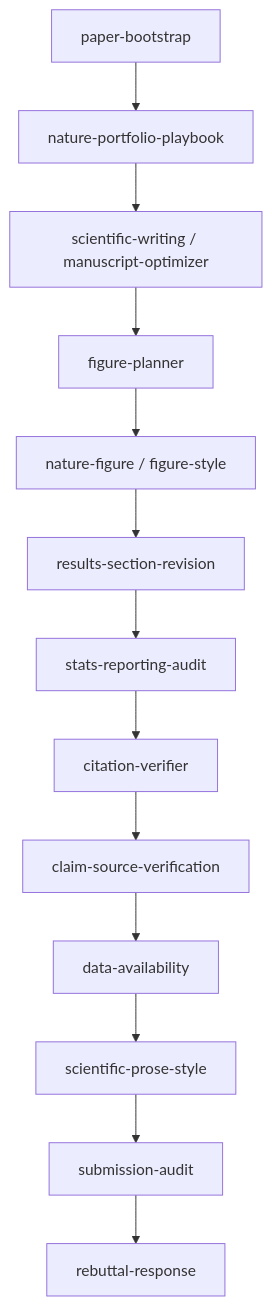
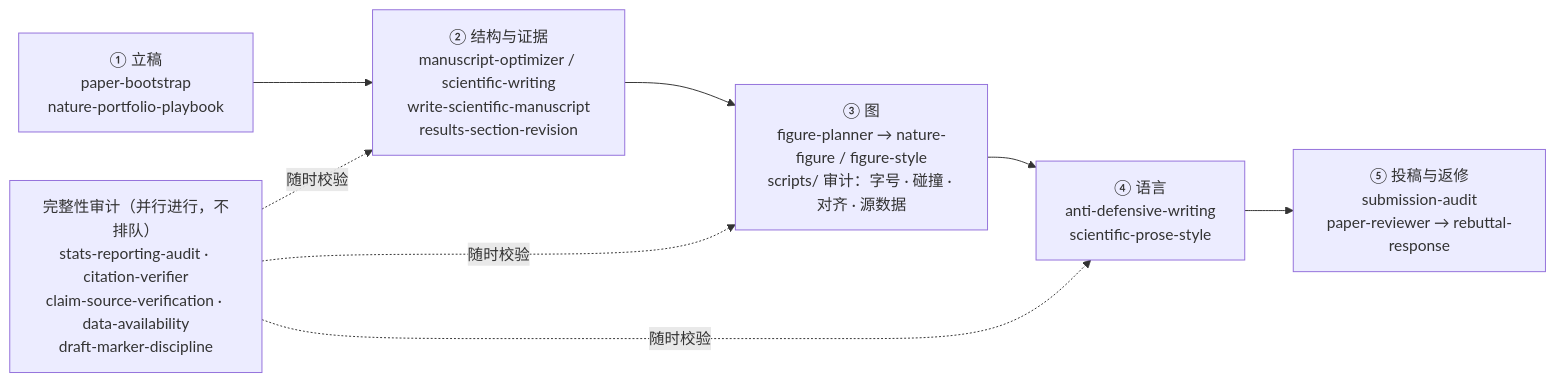
One commit to Boom5426/Nature-Paper-Skills changed the diagram in README.md. Above: the diagram before and after it, drawn with Mermaid. The commit also changed other lines of this file and 50 other files, not shown here.

First line of the commit message:
feat: give the figure layer an executable audit stack, and fix what it caught

````diff
--- a/README.md
+++ b/README.md
@@ -130,15 +132,13 @@
 ```mermaid
-flowchart TD
-    A[paper-bootstrap] --> B[nature-portfolio-playbook]
-    B --> C["scientific-writing / manuscript-optimizer"]
-    C --> D[figure-planner]
-    D --> E["nature-figure / figure-style"]
-    E --> F[results-section-revision]
-    F --> G[stats-reporting-audit]
-    G --> H[citation-verifier]
-    H --> H2[claim-source-verification]
-    H2 --> I[data-availability]
-    I --> J[scientific-prose-style]
-    J --> K[submission-audit]
-    K --> L[rebuttal-response]
+flowchart LR
+    A["① 立稿<br/>paper-bootstrap<br/>nature-portfolio-playbook"]
+    B["② 结构与证据<br/>manuscript-optimizer / scientific-writing<br/>write-scientific-manuscript<br/>results-section-revision"]
+    C["③ 图<br/>figure-planner → nature-figure / figure-style<br/>scripts/ 审计：字号 · 碰撞 · 对齐 · 源数据"]
+    D["④ 语言<br/>anti-defensive-writing<br/>scientific-prose-style"]
+    E["⑤ 投稿与返修<br/>submission-audit<br/>paper-reviewer → rebuttal-response"]
+    F["完整性审计（并行进行，不排队）<br/>stats-reporting-audit · citation-verifier<br/>claim-source-verification · data-availability<br/>draft-marker-discipline"]
+    A --> B --> C --> D --> E
+    F -.随时校验.-> B
+    F -.随时校验.-> C
+    F -.随时校验.-> D
 ```
````
